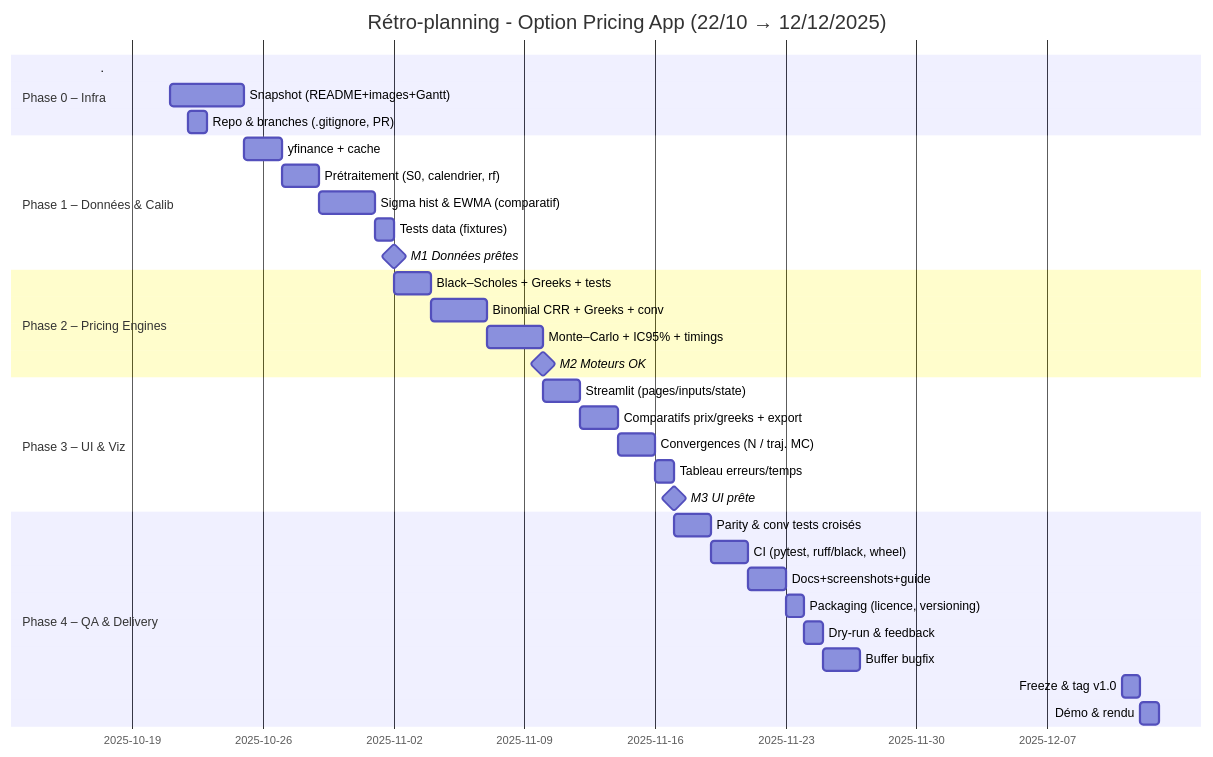
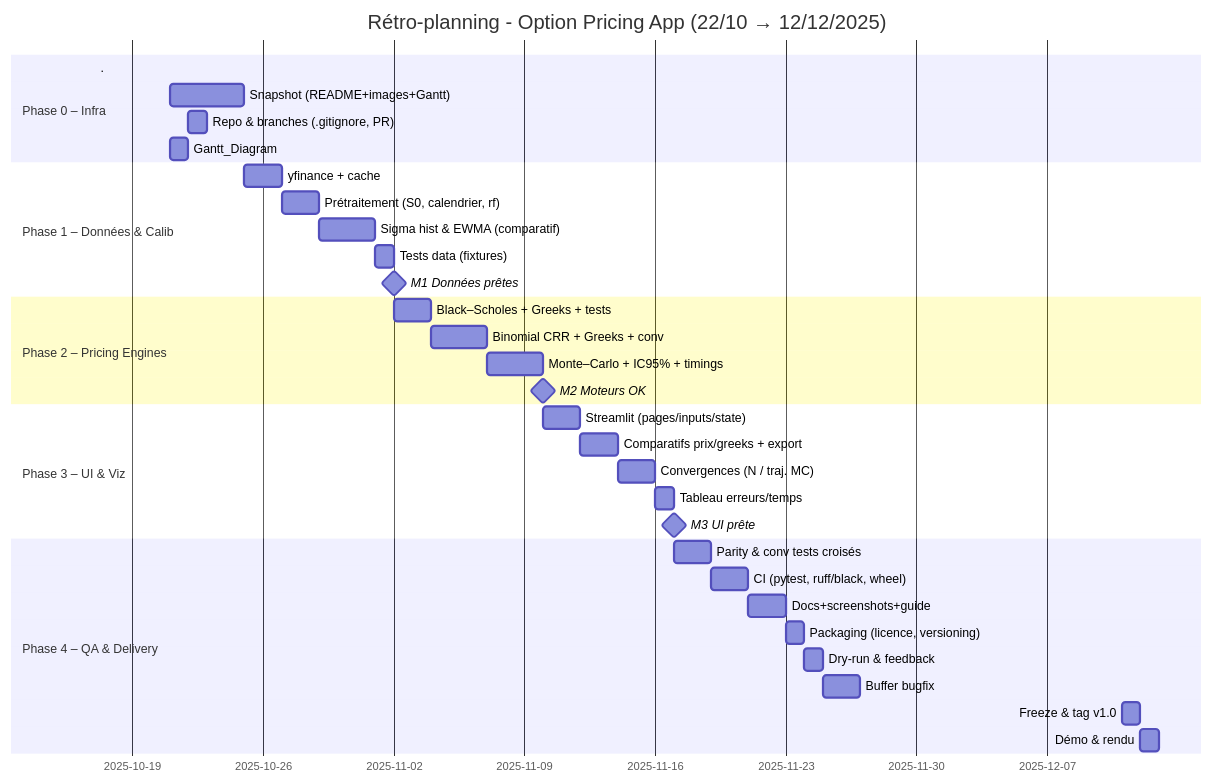
One commit to Karam-Benameur/stream_options changed the diagram in roadmap/Gantt_Diagram.md. Above: the diagram before and after it, drawn with Mermaid.

````diff
--- a/roadmap/Gantt_Diagram.md
+++ b/roadmap/Gantt_Diagram.md
@@ -1,43 +1,44 @@
 ```mermaid
 gantt
     title Rétro-planning - Option Pricing App (22/10 → 12/12/2025)
     dateFormat  YYYY-MM-DD
     %% aucune exclusion -> pas de bandes jaunes
 
     section Phase 0 – Infra
     .                                   :s1, 2025-10-17, 0d
     Snapshot (README+images+Gantt)      :s2, 2025-10-21, 4d
     Repo & branches (.gitignore, PR)    :s3, 2025-10-22, 1d
+    Gantt_Diagram                       :s4, 2025-10-21, 1d
 
     section Phase 1 – Données & Calib
     yfinance + cache                     :d1, after s2, 2d
     Prétraitement (S0, calendrier, rf)   :d2, after d1, 2d
     Sigma hist & EWMA (comparatif)       :d3, after d2, 3d
     Tests data (fixtures)                :d4, after d3, 1d
     M1 Données prêtes                    :milestone, m1, after d4, 0d
 
     section Phase 2 – Pricing Engines
     Black–Scholes + Greeks + tests       :p1, after m1, 2d
     Binomial CRR + Greeks + conv         :p2, after p1, 3d
     Monte–Carlo + IC95% + timings        :p3, after p2, 3d
     M2 Moteurs OK                        :milestone, m2, after p3, 0d
 
     section Phase 3 – UI & Viz
     Streamlit (pages/inputs/state)       :u1, after m2, 2d
     Comparatifs prix/greeks + export     :u2, after u1, 2d
     Convergences (N / traj. MC)          :u3, after u2, 2d
     Tableau erreurs/temps                :u4, after u3, 1d
     M3 UI prête                          :milestone, m3, after u4, 0d
 
     section Phase 4 – QA & Delivery
     Parity & conv tests croisés          :q1, after m3, 2d
     CI (pytest, ruff/black, wheel)       :q2, after q1, 2d
     Docs+screenshots+guide               :q3, after q2, 2d
     Packaging (licence, versioning)      :q4, after q3, 1d
     Dry-run & feedback                   :q5, after q4, 1d
     Buffer bugfix                        :q6, after q5, 2d
     Freeze & tag v1.0                    :rel, 2025-12-11, 1d
     Démo & rendu                         :fin, 2025-12-12, 1d
 
 
 ```
````
